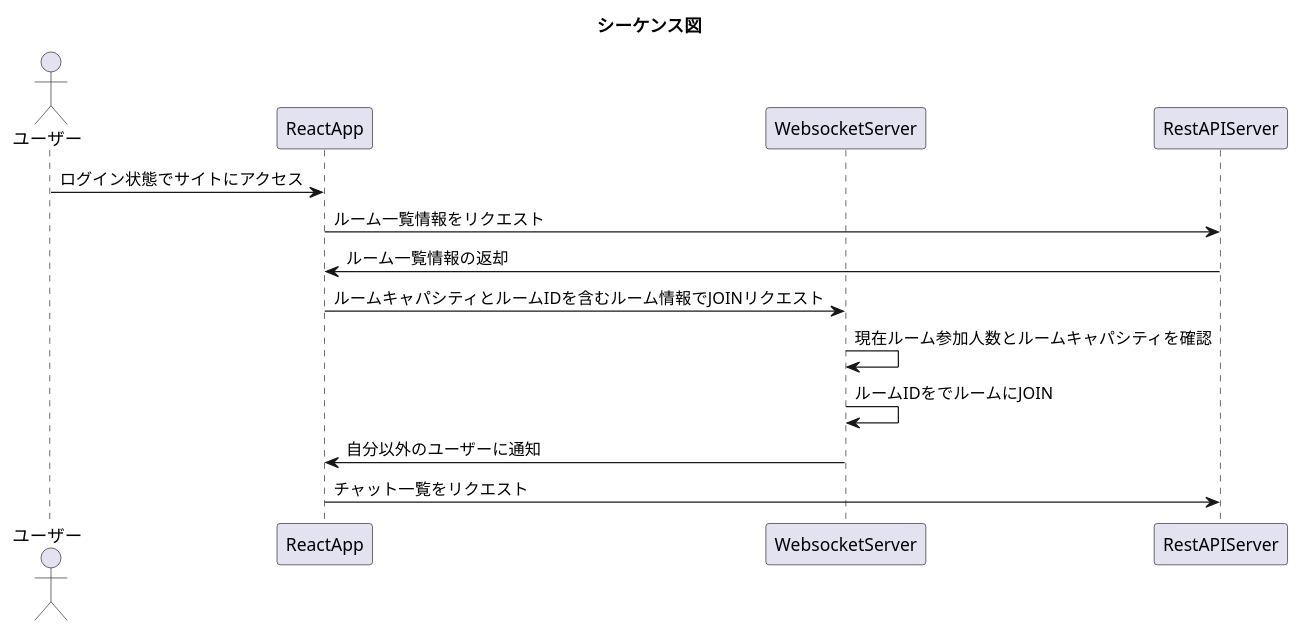
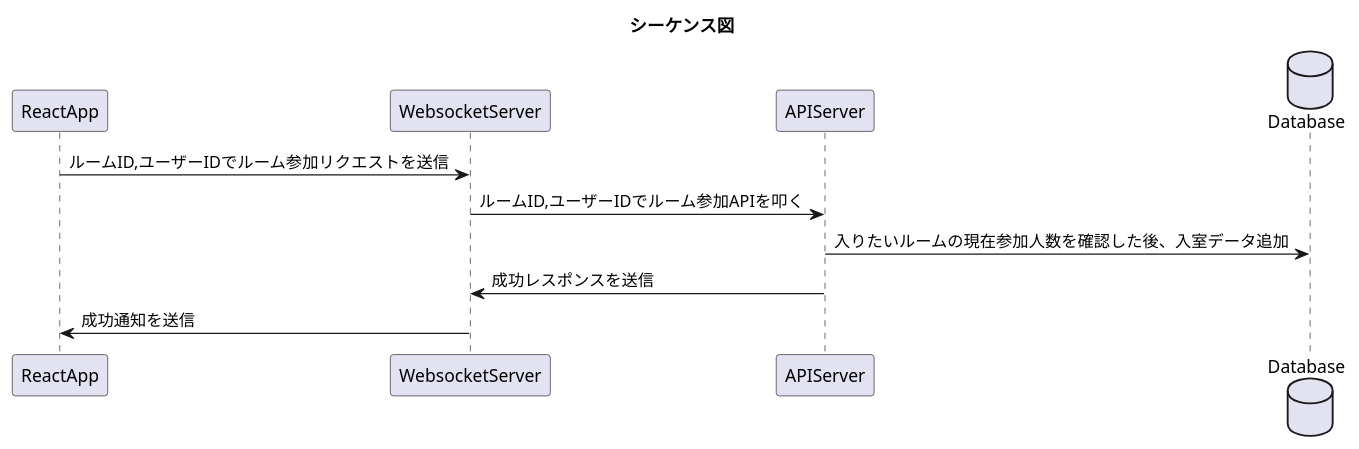
Before and after one commit to taniwhy/mochi-match-rest: the diagram in websocket/ルーム参加.pu, drawn with PlantUML. The commit also changed 5 other files, not shown here.

```diff
--- a/websocket/ルーム参加.pu
+++ b/websocket/ルーム参加.pu
@@ -1,20 +1,17 @@
 @startuml
 title シーケンス図
 
-actor ユーザー
-
 participant ReactApp
 participant WebsocketServer
-participant RestAPIServer
+participant APIServer
 
-ユーザー -> ReactApp : ログイン状態でサイトにアクセス
-ReactApp -> RestAPIServer : ルーム一覧情報をリクエスト
-RestAPIServer -> ReactApp : ルーム一覧情報の返却
-ReactApp -> WebsocketServer : ルームキャパシティとルームIDを含むルーム情報でJOINリクエスト
-WebsocketServer -> WebsocketServer : 現在ルーム参加人数とルームキャパシティを確認
-WebsocketServer -> WebsocketServer : ルームIDをでルームにJOIN
-WebsocketServer -> ReactApp : 自分以外のユーザーに通知
-ReactApp -> RestAPIServer : チャット一覧をリクエスト
+database Database
+
+ReactApp -> WebsocketServer : ルームID,ユーザーIDでルーム参加リクエストを送信
+WebsocketServer -> APIServer : ルームID,ユーザーIDでルーム参加APIを叩く
+APIServer -> Database : 入りたいルームの現在参加人数を確認した後、入室データ追加
+APIServer -> WebsocketServer : 成功レスポンスを送信　
+WebsocketServer -> ReactApp : 成功通知を送信
 
 
 @enduml
```
